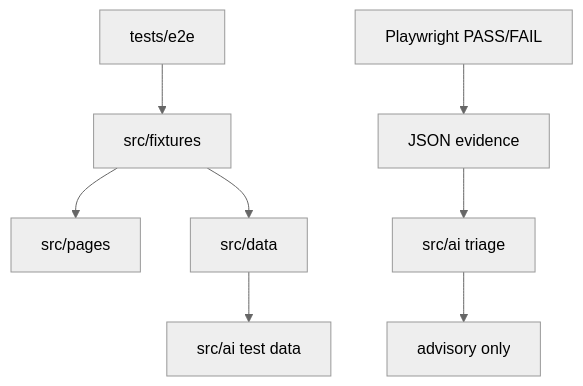
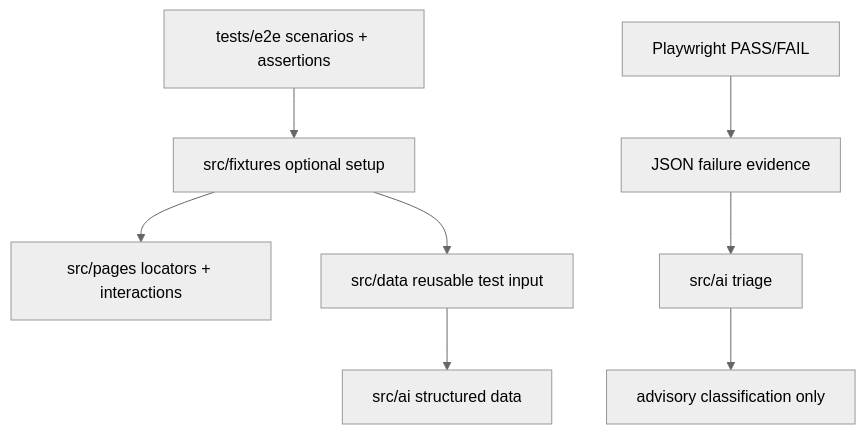
Before and after one commit to hambaliFadib/playwright-quality-framework: the diagram in README.md, drawn with Mermaid (neutral theme). The commit also changed other lines of this file and 10 other files, not shown here.

````diff
--- a/README.md
+++ b/README.md
@@ -22,10 +22,10 @@
 ```mermaid
 flowchart TD
-  T[tests/e2e] --> F[src/fixtures]
-  F --> P[src/pages]
-  F --> D[src/data]
-  D --> AI[src/ai test data]
-  PW[Playwright PASS/FAIL] --> R[JSON evidence]
+  T[tests/e2e scenarios + assertions] --> F[src/fixtures optional setup]
+  F --> P[src/pages locators + interactions]
+  F --> D[src/data reusable test input]
+  D --> AI[src/ai structured data]
+  PW[Playwright PASS/FAIL] --> R[JSON failure evidence]
   R --> AT[src/ai triage]
-  AT --> ADV[advisory only]
+  AT --> ADV[advisory classification only]
 ```
````
